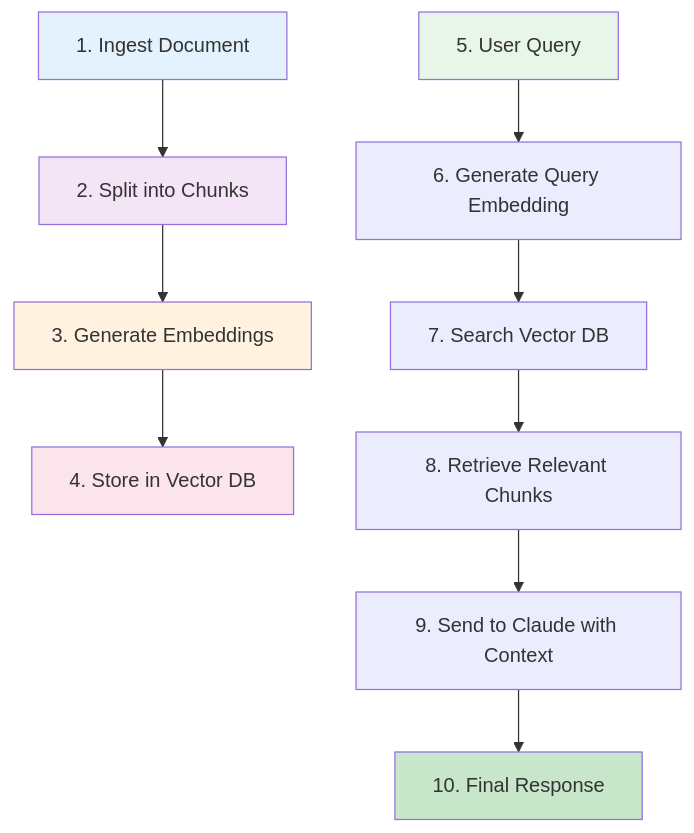
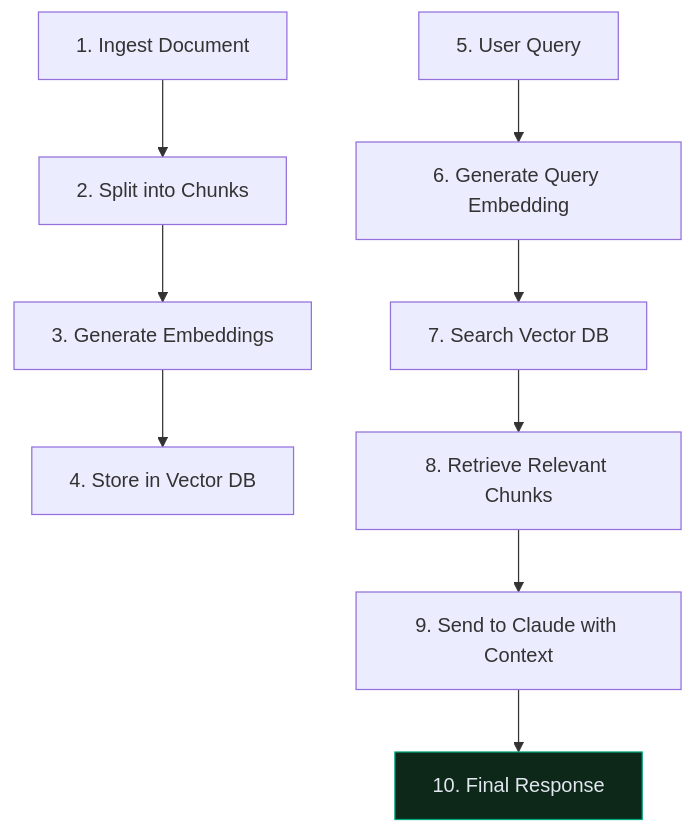
Before and after one commit to CagriCatik/claude-ollama-coder: the fourth of 4 diagrams in docs/04_Building-with-the-Claude-API.md, drawn with Mermaid. The commit also changed other lines of this file and 16 other files, not shown here.

````diff
--- a/docs/04_Building-with-the-Claude-API.md
+++ b/docs/04_Building-with-the-Claude-API.md
@@ -478,19 +479,14 @@
 ```mermaid
 graph TB
     A["1. Ingest Document"] --> B["2. Split into Chunks"]
     B --> C["3. Generate Embeddings"]
     C --> D["4. Store in Vector DB"]
     
     E["5. User Query"] --> F["6. Generate Query Embedding"]
     F --> G["7. Search Vector DB"]
     G --> H["8. Retrieve Relevant Chunks"]
     H --> I["9. Send to Claude with Context"]
     I --> J["10. Final Response"]
     
-    style A fill:#e3f2fd
-    style B fill:#f3e5f5
-    style C fill:#fff3e0
-    style D fill:#fce4ec
-    style E fill:#e8f5e9
-    style J fill:#c8e6c9
+    style J fill:#0d2718,stroke:#00a67e,color:#e2e8f0
 ```
````
